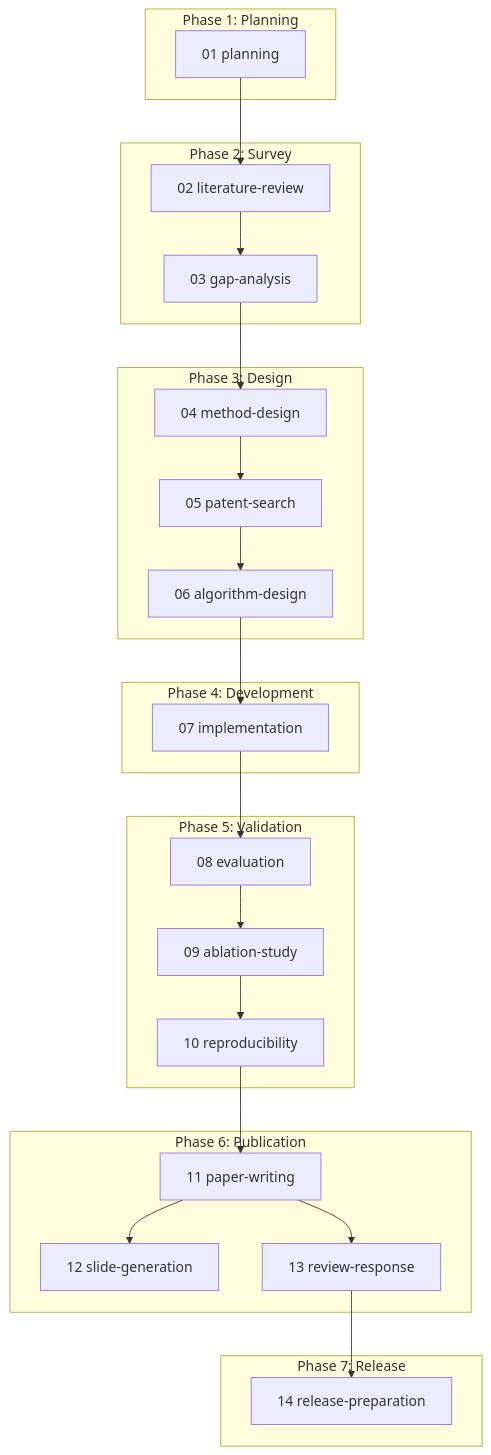
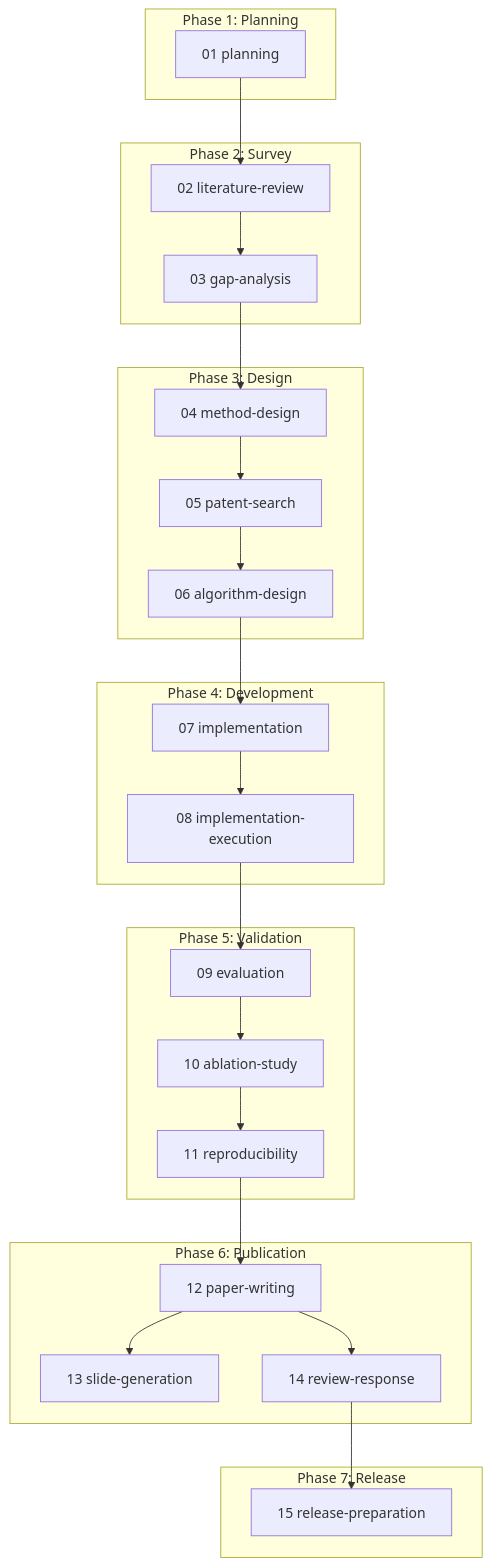
One commit to k-sh/cc-research changed the diagram in README.md. Above: the diagram before and after it, drawn with Mermaid. The commit also changed other lines of this file and 19 other files, not shown here.

````diff
--- a/README.md
+++ b/README.md
@@ -82,35 +83,36 @@
 ```mermaid
 flowchart TD
     subgraph phase1["Phase 1: Planning"]
         P01["01 planning"]
     end
     subgraph phase2["Phase 2: Survey"]
         P02["02 literature-review"]
         P03["03 gap-analysis"]
     end
     subgraph phase3["Phase 3: Design"]
         P04["04 method-design"]
         P05["05 patent-search"]
         P06["06 algorithm-design"]
     end
     subgraph phase4["Phase 4: Development"]
         P07["07 implementation"]
+        P08["08 implementation-execution"]
     end
     subgraph phase5["Phase 5: Validation"]
-        P08["08 evaluation"]
-        P09["09 ablation-study"]
-        P10["10 reproducibility"]
+        P09["09 evaluation"]
+        P10["10 ablation-study"]
+        P11["11 reproducibility"]
     end
     subgraph phase6["Phase 6: Publication"]
-        P11["11 paper-writing"]
-        P12["12 slide-generation"]
-        P13["13 review-response"]
+        P12["12 paper-writing"]
+        P13["13 slide-generation"]
+        P14["14 review-response"]
     end
     subgraph phase7["Phase 7: Release"]
-        P14["14 release-preparation"]
+        P15["15 release-preparation"]
     end
 
-    P01 --> P02 --> P03 --> P04 --> P05 --> P06 --> P07 --> P08 --> P09 --> P10 --> P11
-    P11 --> P12
-    P11 --> P13 --> P14
+    P01 --> P02 --> P03 --> P04 --> P05 --> P06 --> P07 --> P08 --> P09 --> P10 --> P11 --> P12
+    P12 --> P13
+    P12 --> P14 --> P15
 ```
````
